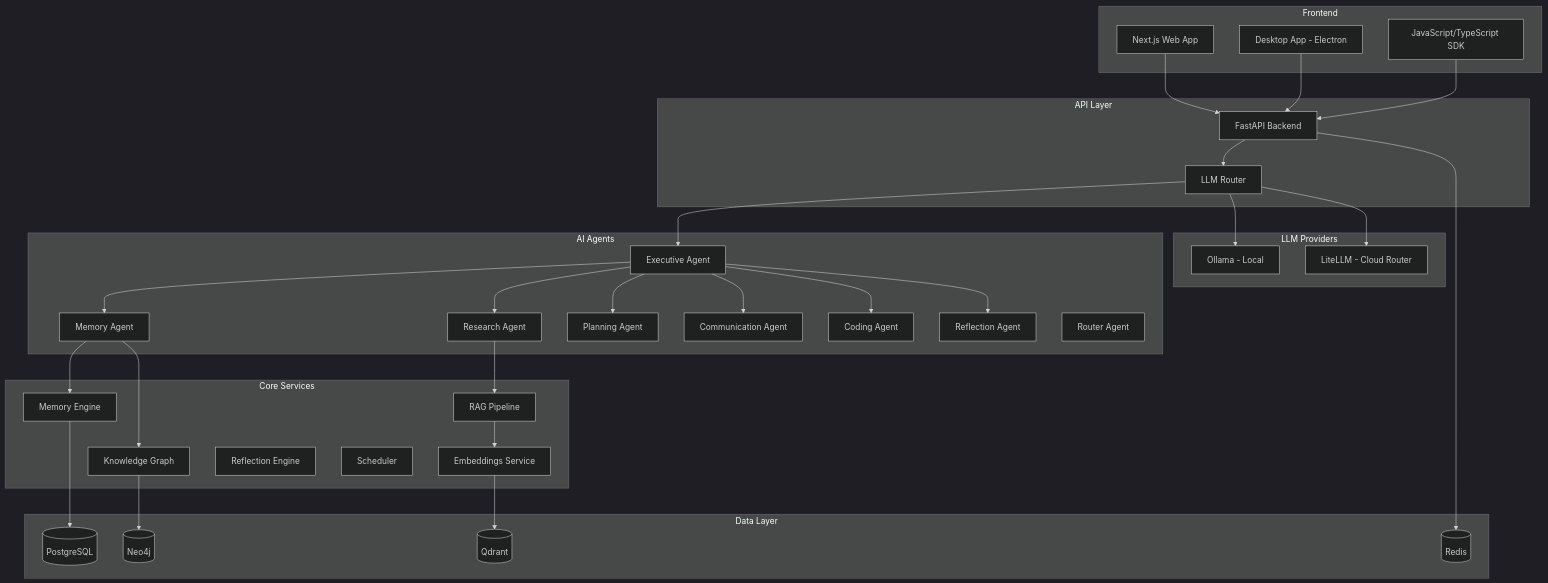
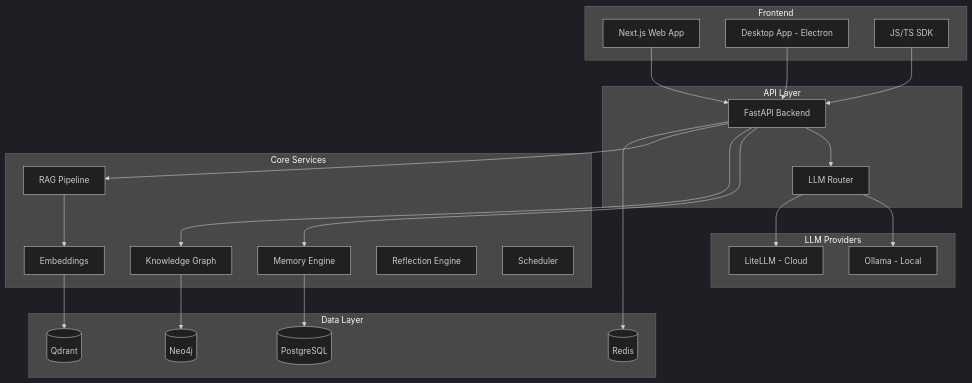
One commit to ManyaS-Git/synapseos changed the diagram in README.md. Above: the diagram before and after it, drawn with Mermaid (dark theme). The commit also changed other lines of this file and 3 other files, not shown here.

````diff
--- a/README.md
+++ b/README.md
@@ -55,67 +32,49 @@
 ```mermaid
 graph TB
     subgraph "Frontend"
         Web[Next.js Web App]
         Desktop[Desktop App - Electron]
-        SDK[JavaScript/TypeScript SDK]
+        SDK[JS/TS SDK]
     end
 
     subgraph "API Layer"
         FastAPI[FastAPI Backend]
         Router[LLM Router]
     end
 
-    subgraph "AI Agents"
-        ExecAgent[Executive Agent]
-        MemAgent[Memory Agent]
-        ResearchAgent[Research Agent]
-        PlanAgent[Planning Agent]
-        CommAgent[Communication Agent]
-        CodeAgent[Coding Agent]
-        ReflectAgent[Reflection Agent]
-        RouterAgent[Router Agent]
-    end
-
     subgraph "Core Services"
         MemEngine[Memory Engine]
         KG[Knowledge Graph]
         RAG[RAG Pipeline]
-        Embed[Embeddings Service]
+        Embed[Embeddings]
         Reflect[Reflection Engine]
         Sched[Scheduler]
     end
 
     subgraph "Data Layer"
         PG[(PostgreSQL)]
         Qdrant[(Qdrant)]
         Neo4j[(Neo4j)]
         Redis[(Redis)]
     end
 
     subgraph "LLM Providers"
         Ollama[Ollama - Local]
-        LiteLLM[LiteLLM - Cloud Router]
+        LiteLLM[LiteLLM - Cloud]
     end
 
     Web --> FastAPI
     Desktop --> FastAPI
     SDK --> FastAPI
     FastAPI --> Router
-    Router --> ExecAgent
-    ExecAgent --> MemAgent
-    ExecAgent --> ResearchAgent
-    ExecAgent --> PlanAgent
-    ExecAgent --> CommAgent
-    ExecAgent --> CodeAgent
-    ExecAgent --> ReflectAgent
-    MemAgent --> MemEngine
-    MemAgent --> KG
-    ResearchAgent --> RAG
+    FastAPI --> MemEngine
+    FastAPI --> KG
+    FastAPI --> RAG
     RAG --> Embed
     Embed --> Qdrant
     MemEngine --> PG
     KG --> Neo4j
     FastAPI --> Redis
     Router --> Ollama
     Router --> LiteLLM
 ```
````
